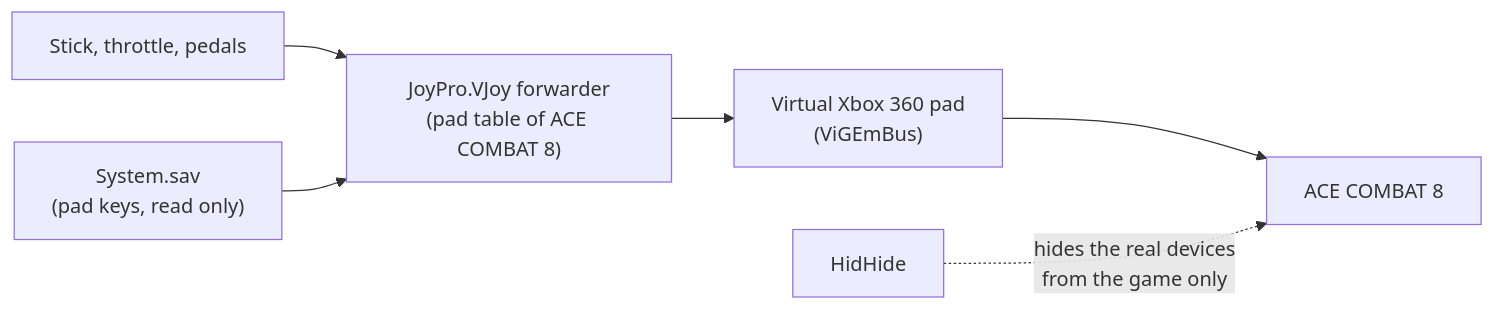
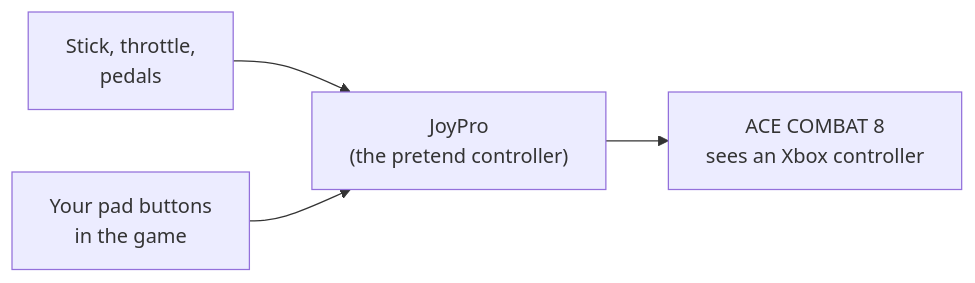
One commit to Holdi601/JoystickProfiler2 changed the diagram in website/content/games/ace-combat.md. Above: the diagram before and after it, drawn with Mermaid. The commit also changed other lines of this file and 718 other files, not shown here.

Commit message:
JoyPro2 2.7.0

````diff
--- a/website/content/games/ace-combat.md
+++ b/website/content/games/ace-combat.md
@@ -21,8 +166,7 @@
 ```mermaid
+%% caption: Start the game, then Start at the title screen. JoyPro reads the pad buttons you set in the game and writes nothing into it.
 flowchart LR
-  R["Stick, throttle, pedals"] --> F["JoyPro.VJoy forwarder<br/>(pad table of ACE COMBAT 8)"]
-  S["System.sav<br/>(pad keys, read only)"] --> F
-  F --> V["Virtual Xbox 360 pad<br/>(ViGEmBus)"]
-  V --> G["ACE COMBAT 8"]
-  H["HidHide"] -.->|hides the real devices<br/>from the game only| G
+  R["Stick, throttle,<br/>pedals"] --> J["JoyPro<br/>(the pretend controller)"]
+  S["Your pad buttons<br/>in the game"] --> J
+  J --> G["ACE COMBAT 8<br/>sees an Xbox controller"]
 ```
````
